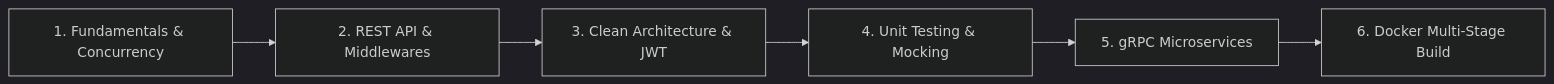
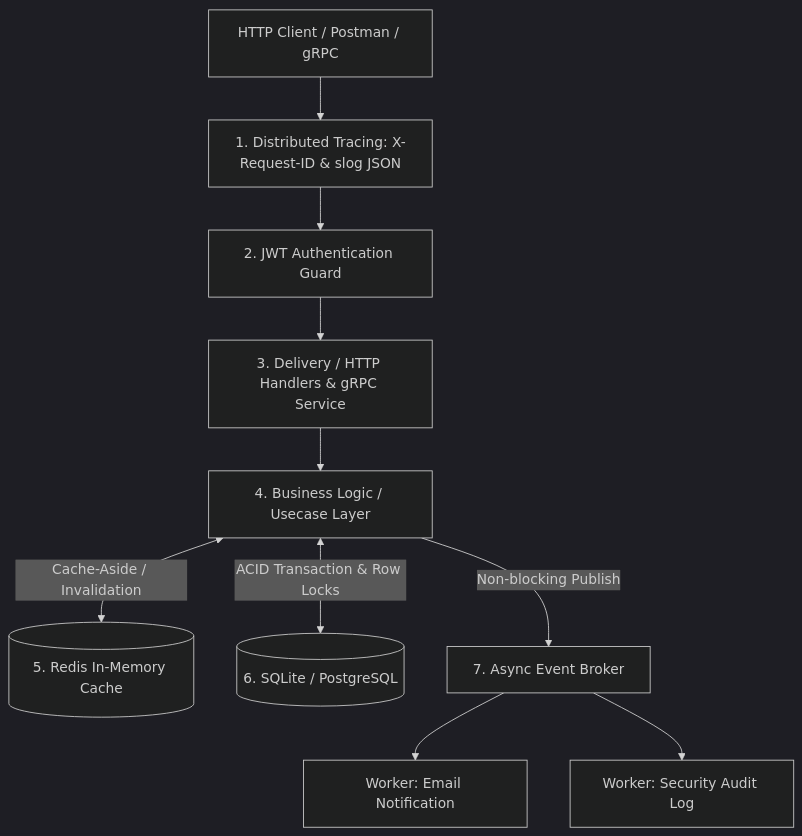
One commit to mazkev/go-distributed-microservices-lab changed the diagram in README.md. Above: the diagram before and after it, drawn with Mermaid (dark theme). The commit also changed other lines of this file and 3 other files, not shown here.

Commit message:
feat: implement Structured JSON Logging with log/slog and Request-ID Distributed Tracing

````diff
--- a/README.md
+++ b/README.md
@@ -9,8 +9,15 @@
 ```mermaid
-flowchart LR
-    A[1. Fundamentals & Concurrency] --> B[2. REST API & Middlewares]
-    B --> C[3. Clean Architecture & JWT]
-    C --> D[4. Unit Testing & Mocking]
-    D --> E[5. gRPC Microservices]
-    E --> F[6. Docker Multi-Stage Build]
+flowchart TD
+    Client[HTTP Client / Postman / gRPC] --> TraceMiddleware[1. Distributed Tracing: X-Request-ID & slog JSON]
+    TraceMiddleware --> AuthMiddleware[2. JWT Authentication Guard]
+    AuthMiddleware --> Controller[3. Delivery / HTTP Handlers & gRPC Service]
+    
+    Controller --> Usecase[4. Business Logic / Usecase Layer]
+    
+    Usecase <-->|Cache-Aside / Invalidation| Redis[(5. Redis In-Memory Cache)]
+    Usecase <-->|ACID Transaction & Row Locks| DB[(6. SQLite / PostgreSQL)]
+    Usecase -->|Non-blocking Publish| Broker[7. Async Event Broker]
+    
+    Broker --> Worker1[Worker: Email Notification]
+    Broker --> Worker2[Worker: Security Audit Log]
 ```
````
